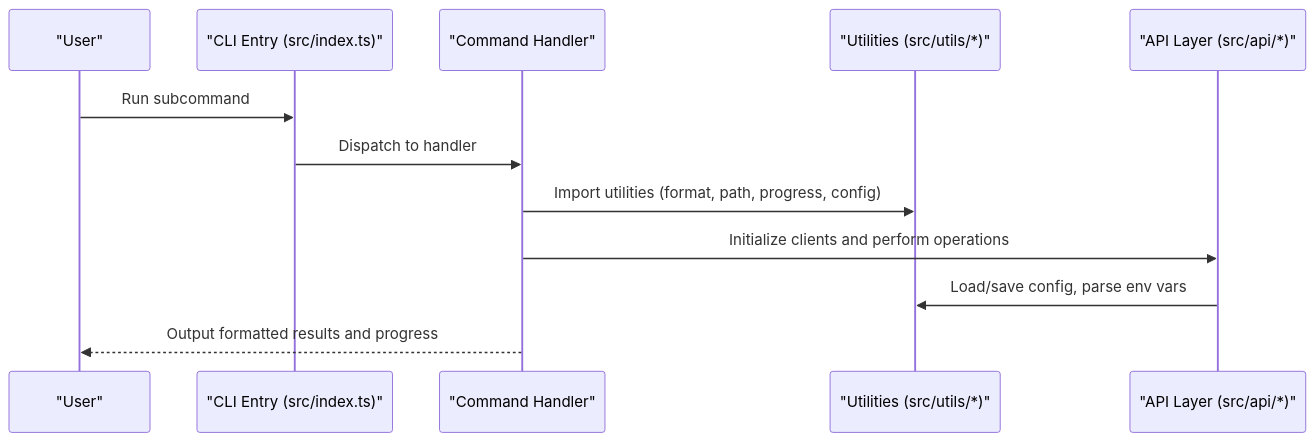
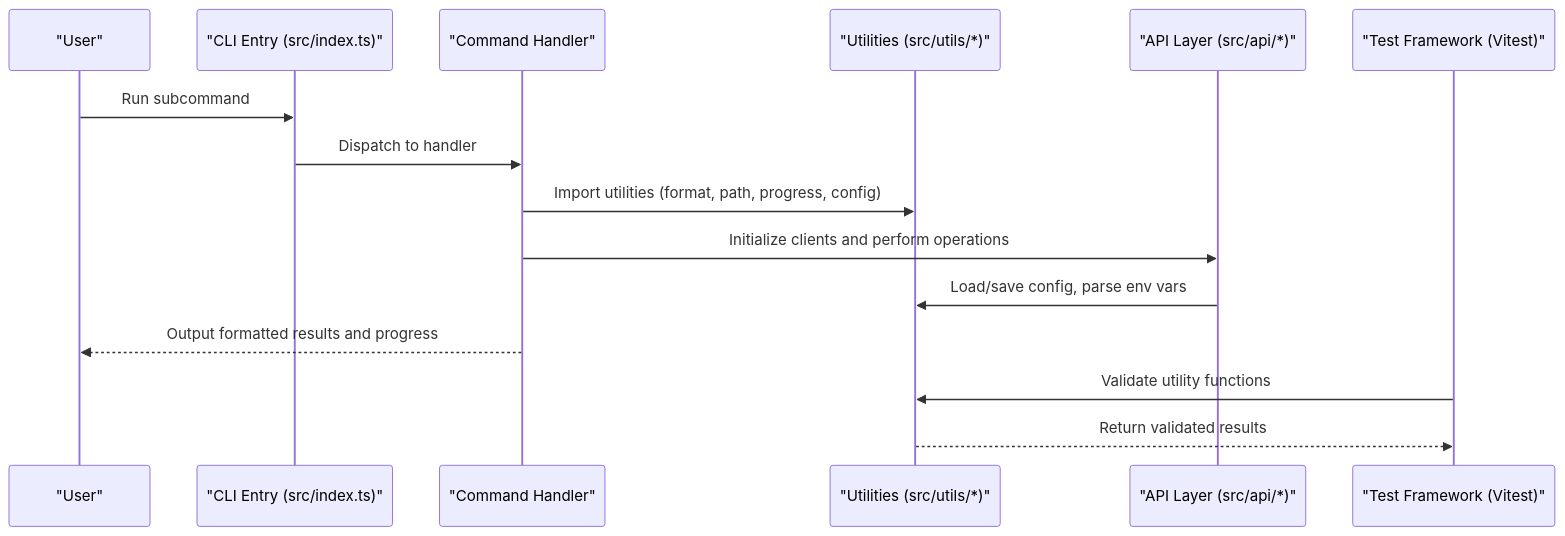
One commit to yuexiaoliang/baiduwangpan-manager changed the second of 6 diagrams in .qoder/repowiki/en/content/Utility Functions.md. Above: the diagram before and after it, drawn with Mermaid. The commit also changed other lines of this file and 30 other files, not shown here.

````diff
--- a/.qoder/repowiki/en/content/Utility Functions.md
+++ b/.qoder/repowiki/en/content/Utility Functions.md
@@ -121,14 +152,17 @@
 ```mermaid
 sequenceDiagram
 participant User as "User"
 participant CLI as "CLI Entry (src/index.ts)"
 participant Cmd as "Command Handler"
 participant Util as "Utilities (src/utils/*)"
 participant API as "API Layer (src/api/*)"
+participant Test as "Test Framework (Vitest)"
 User->>CLI : Run subcommand
 CLI->>Cmd : Dispatch to handler
 Cmd->>Util : Import utilities (format, path, progress, config)
 Cmd->>API : Initialize clients and perform operations
 API->>Util : Load/save config, parse env vars
 Cmd-->>User : Output formatted results and progress
+Test->>Util : Validate utility functions
+Util-->>Test : Return validated results
 ```
````
